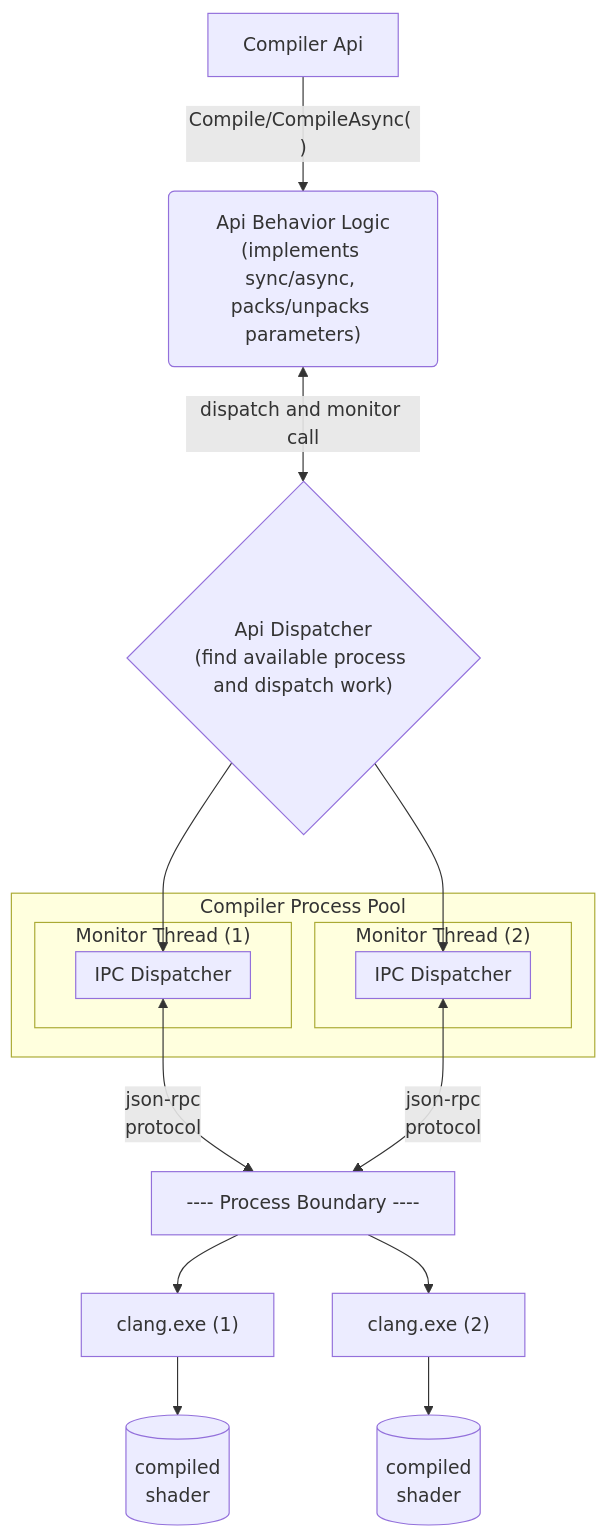
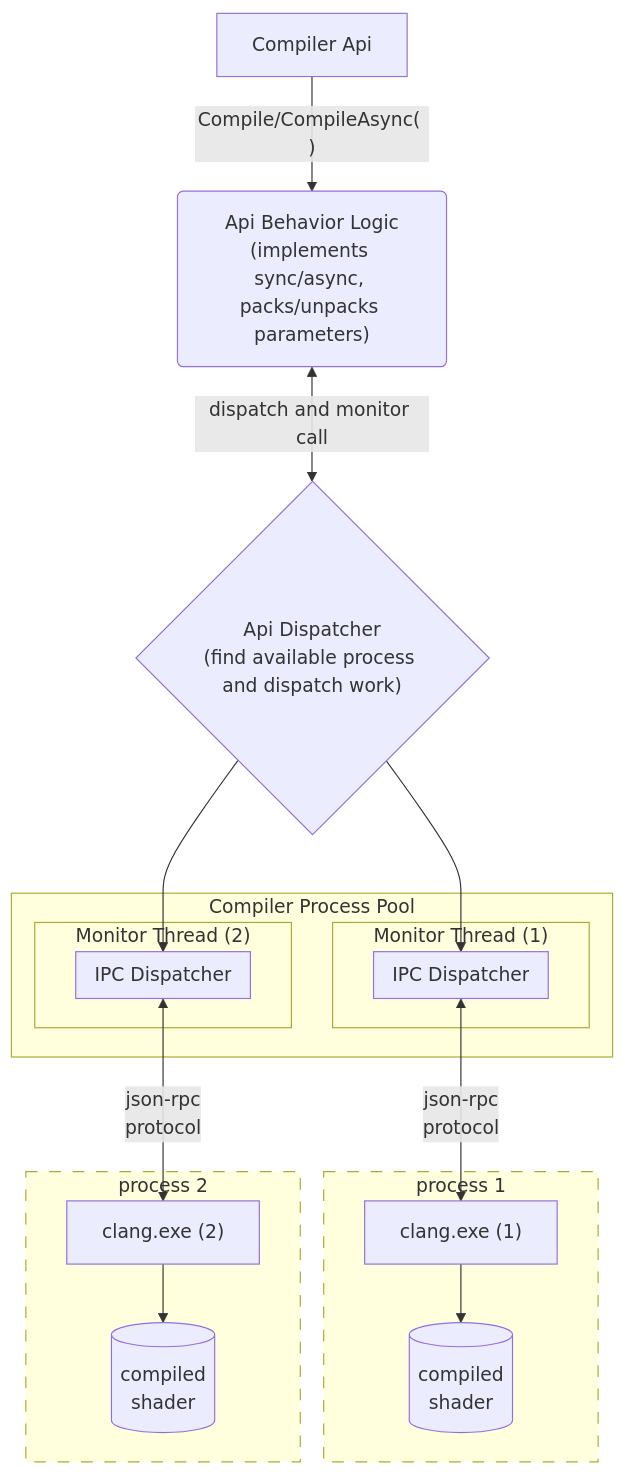
One commit to llvm/wg-hlsl changed the diagram in proposals/NNNN-outofproc-compiler-api-architecture.md. Above: the diagram before and after it, drawn with Mermaid.

Commit message:
Update diagram to had dashed lines per process

````diff
--- a/proposals/NNNN-outofproc-compiler-api-architecture.md
+++ b/proposals/NNNN-outofproc-compiler-api-architecture.md
@@ -76,29 +76,38 @@
 ```mermaid
 flowchart TD
     subgraph CompilerProcessPool["Compiler Process Pool"]
       subgraph MonitorThread1["Monitor Thread (1)"]
         subgraph JsonRPC ["IPC Dispatcher"]
         end
       end
       subgraph MonitorThread2["Monitor Thread (2)"]
         subgraph JsonRPC2 ["IPC Dispatcher"]
         end
       end
     end
 
-    ClangProcess1["clang.exe (1)"]
-    ClangProcess2["clang.exe (2)"]
+    subgraph Process1["process 1"]
+        ClangProcess1["clang.exe (1)"]
+        db[("compiled<br/>shader")]
+    end
+
+    subgraph Process2["process 2"]
+        ClangProcess2["clang.exe (2)"]
+        db2[("compiled<br/>shader")]
+    end
+
+
+    style Process1 stroke-dasharray:10,10
+    style Process2 stroke-dasharray:10,10
 
     ApiBehaviorLogic("Api Behavior Logic<br/>(implements sync/async, packs/unpacks parameters)")
     ApiCallDispatcher{"Api Dispatcher<br/>(find available process and dispatch work)"}
 
     CompilerApi[Compiler Api] -->|"Compile/CompileAsync( )"| ApiBehaviorLogic
 
     ApiBehaviorLogic <--> |"dispatch and monitor call"| ApiCallDispatcher
 
-    ProcessBoundary[---- Process Boundary ----]    
+    ApiCallDispatcher -->JsonRPC<--> | json-rpc<br/>protocol | ClangProcess1 --> db
 
-    ApiCallDispatcher -->JsonRPC<--> | json-rpc<br/>protocol | ProcessBoundary --> ClangProcess1 --> db[("compiled<br/>shader")]
-
-    ApiCallDispatcher --> JsonRPC2<-->| json-rpc<br/>protocol | ProcessBoundary --> ClangProcess2 --> db2[("compiled<br/>shader")]
+    ApiCallDispatcher --> JsonRPC2<-->| json-rpc<br/>protocol | ClangProcess2 --> db2
 ```
````
